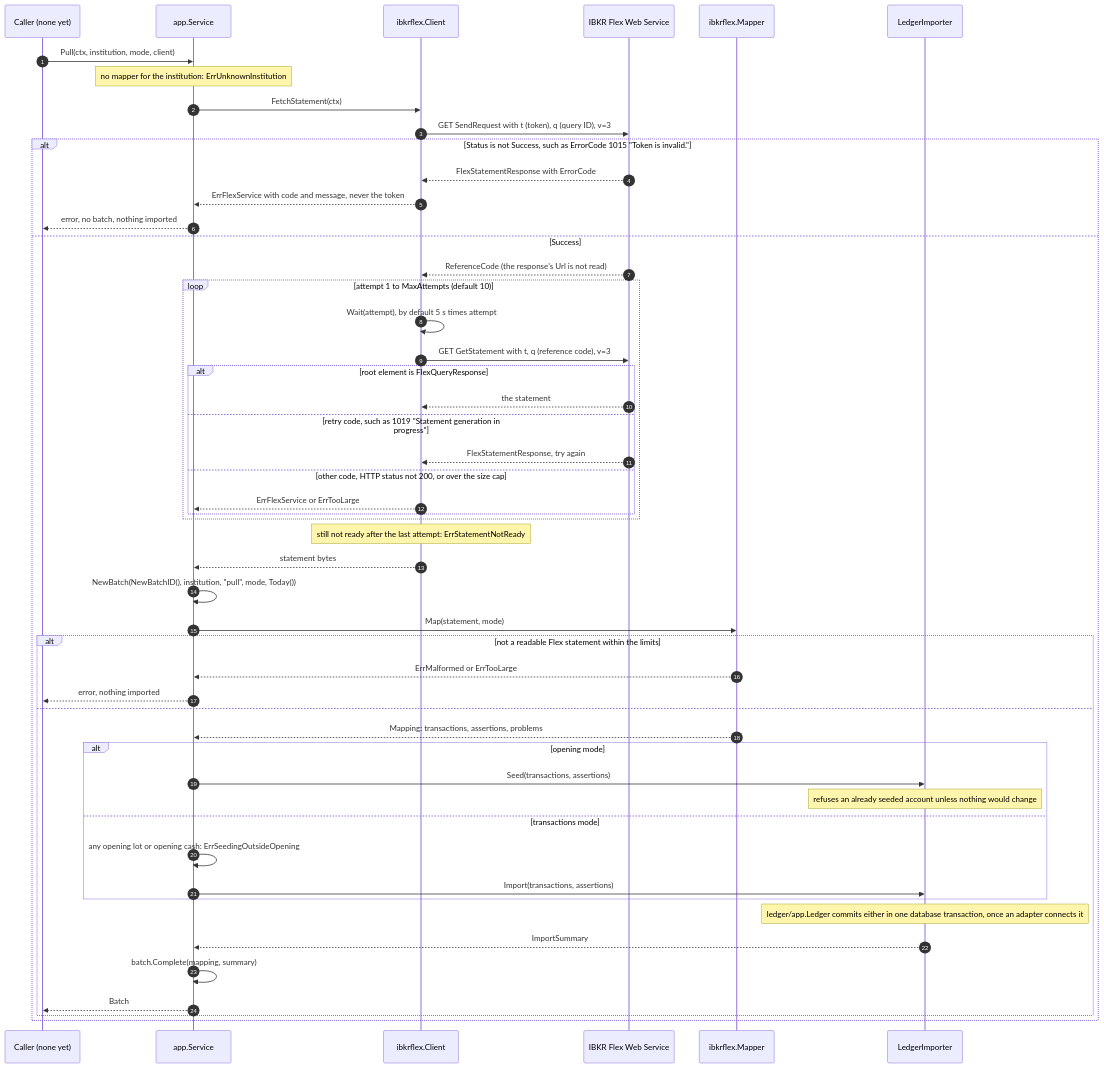
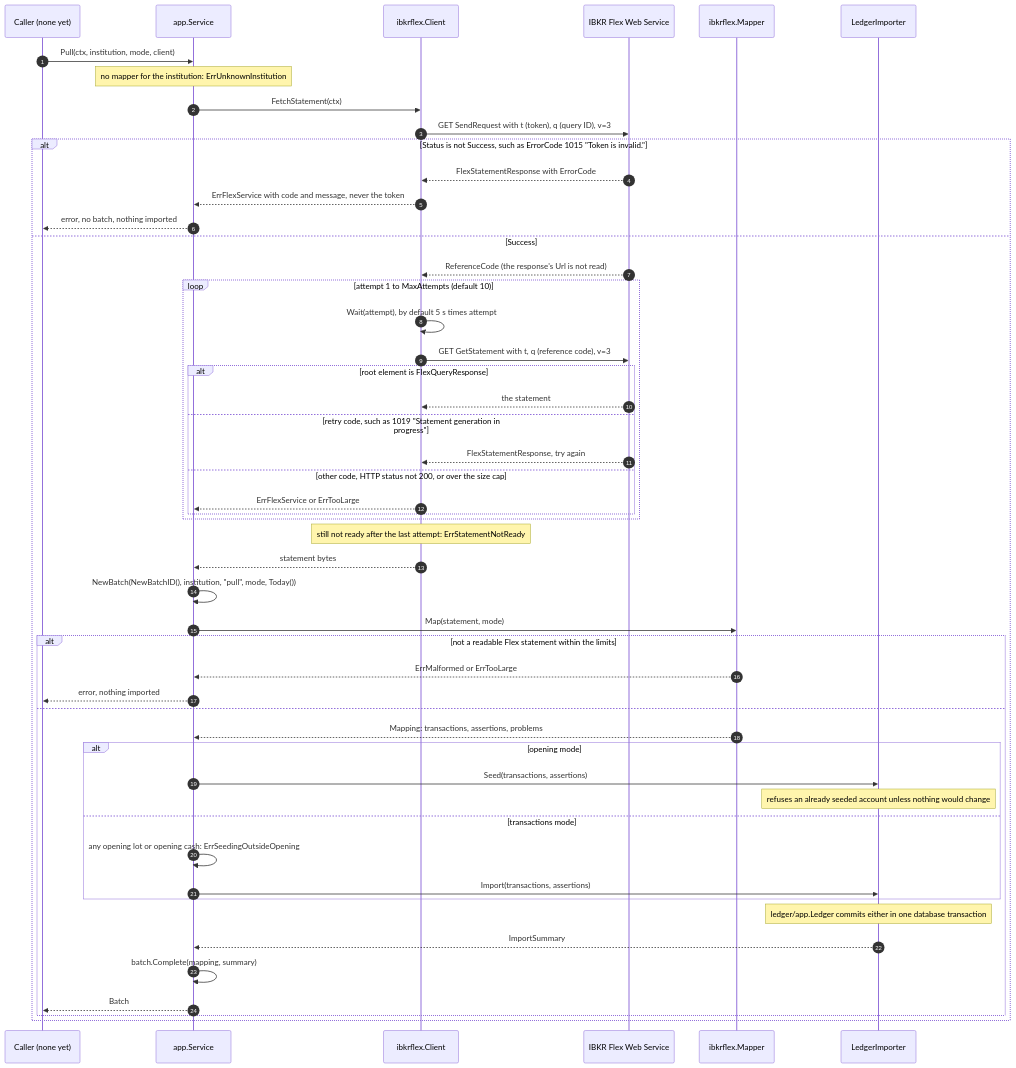
The third of 5 diagrams in docs/concepts/ingest.md (arkadiuss/openfief), drawn with Mermaid before and after one commit. The commit also changed other lines of this file and 3 other files, not shown here.

First line of the commit message:
docs: architecture, ledger, ingest and valuation pages for main's latest

````diff
--- a/docs/concepts/ingest.md
+++ b/docs/concepts/ingest.md
@@ -156,53 +156,53 @@
 ```mermaid
 sequenceDiagram
   autonumber
   participant C as Caller (none yet)
   participant S as app.Service
   participant F as ibkrflex.Client
   participant I as IBKR Flex Web Service
   participant M as ibkrflex.Mapper
   participant L as LedgerImporter
   C->>S: Pull(ctx, institution, mode, client)
   Note over S: no mapper for the institution: ErrUnknownInstitution
   S->>F: FetchStatement(ctx)
   F->>I: GET SendRequest with t (token), q (query ID), v=3
   alt Status is not Success, such as ErrorCode 1015 "Token is invalid."
     I-->>F: FlexStatementResponse with ErrorCode
     F-->>S: ErrFlexService with code and message, never the token
     S-->>C: error, no batch, nothing imported
   else Success
     I-->>F: ReferenceCode (the response's Url is not read)
     loop attempt 1 to MaxAttempts (default 10)
       F->>F: Wait(attempt), by default 5 s times attempt
       F->>I: GET GetStatement with t, q (reference code), v=3
       alt root element is FlexQueryResponse
         I-->>F: the statement
       else retry code, such as 1019 "Statement generation in progress"
         I-->>F: FlexStatementResponse, try again
       else other code, HTTP status not 200, or over the size cap
         F-->>S: ErrFlexService or ErrTooLarge
       end
     end
     Note over F: still not ready after the last attempt: ErrStatementNotReady
     F-->>S: statement bytes
     S->>S: NewBatch(NewBatchID(), institution, "pull", mode, Today())
     S->>M: Map(statement, mode)
     alt not a readable Flex statement within the limits
       M-->>S: ErrMalformed or ErrTooLarge
       S-->>C: error, nothing imported
     else
       M-->>S: Mapping: transactions, assertions, problems
       alt opening mode
         S->>L: Seed(transactions, assertions)
         Note over L: refuses an already seeded account unless nothing would change
       else transactions mode
         S->>S: any opening lot or opening cash: ErrSeedingOutsideOpening
         S->>L: Import(transactions, assertions)
       end
-      Note over L: ledger/app.Ledger commits either in one database transaction, once an adapter connects it
+      Note over L: ledger/app.Ledger commits either in one database transaction
       L-->>S: ImportSummary
       S->>S: batch.Complete(mapping, summary)
       S-->>C: Batch
     end
   end
 ```
````
